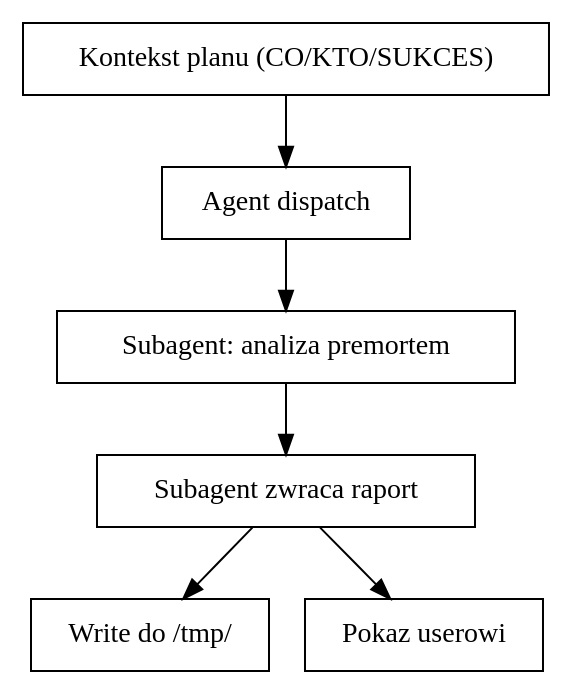
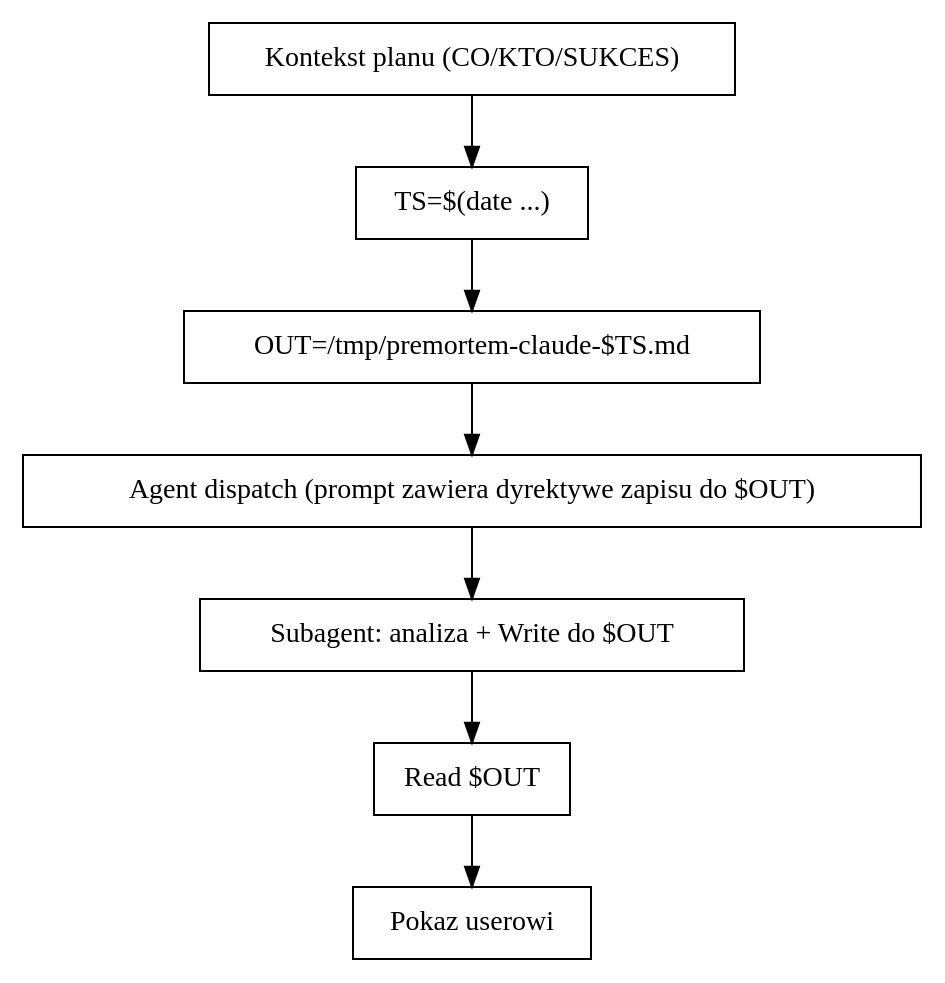
The diagram in plugins/premortem-multiple/skills/premortem-claude/SKILL.md (iplweb/claude-skills), drawn with Graphviz before and after one commit. The commit also changed other lines of this file and 4 other files, not shown here.

````diff
--- a/plugins/premortem-multiple/skills/premortem-claude/SKILL.md
+++ b/plugins/premortem-multiple/skills/premortem-claude/SKILL.md
@@ -42,16 +31,18 @@
 ```dot
 digraph flow {
   "Kontekst planu (CO/KTO/SUKCES)" [shape=box];
-  "Agent dispatch" [shape=box];
-  "Subagent: analiza premortem" [shape=box];
-  "Subagent zwraca raport" [shape=box];
-  "Write do /tmp/" [shape=box];
+  "TS=$(date ...)" [shape=box];
+  "OUT=/tmp/premortem-claude-$TS.md" [shape=box];
+  "Agent dispatch (prompt zawiera dyrektywe zapisu do $OUT)" [shape=box];
+  "Subagent: analiza + Write do $OUT" [shape=box];
+  "Read $OUT" [shape=box];
   "Pokaz userowi" [shape=box];
 
-  "Kontekst planu (CO/KTO/SUKCES)" -> "Agent dispatch";
-  "Agent dispatch" -> "Subagent: analiza premortem";
-  "Subagent: analiza premortem" -> "Subagent zwraca raport";
-  "Subagent zwraca raport" -> "Write do /tmp/";
-  "Subagent zwraca raport" -> "Pokaz userowi";
+  "Kontekst planu (CO/KTO/SUKCES)" -> "TS=$(date ...)";
+  "TS=$(date ...)" -> "OUT=/tmp/premortem-claude-$TS.md";
+  "OUT=/tmp/premortem-claude-$TS.md" -> "Agent dispatch (prompt zawiera dyrektywe zapisu do $OUT)";
+  "Agent dispatch (prompt zawiera dyrektywe zapisu do $OUT)" -> "Subagent: analiza + Write do $OUT";
+  "Subagent: analiza + Write do $OUT" -> "Read $OUT";
+  "Read $OUT" -> "Pokaz userowi";
 }
 ```
````
